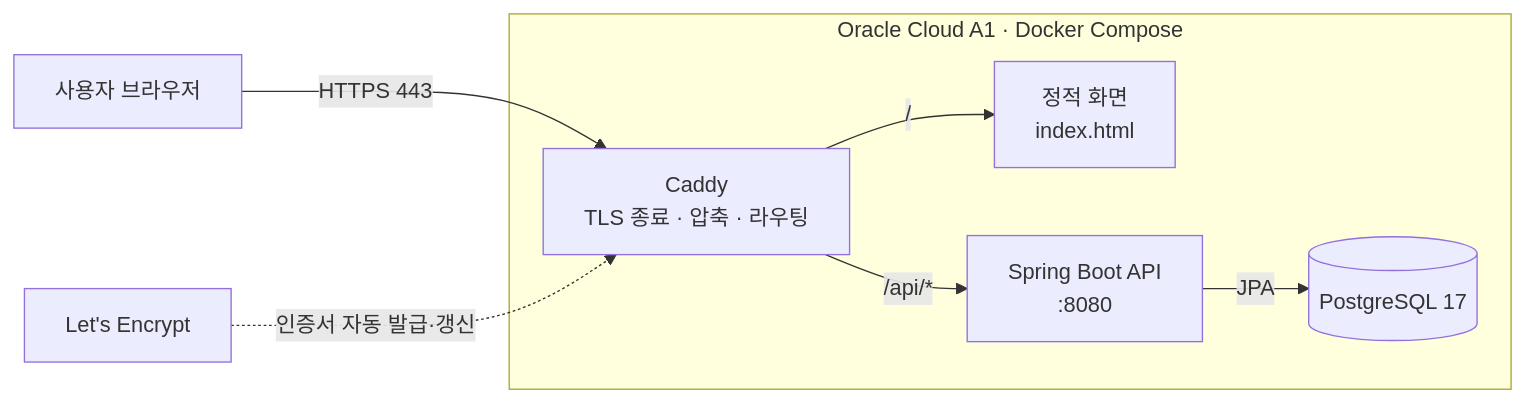
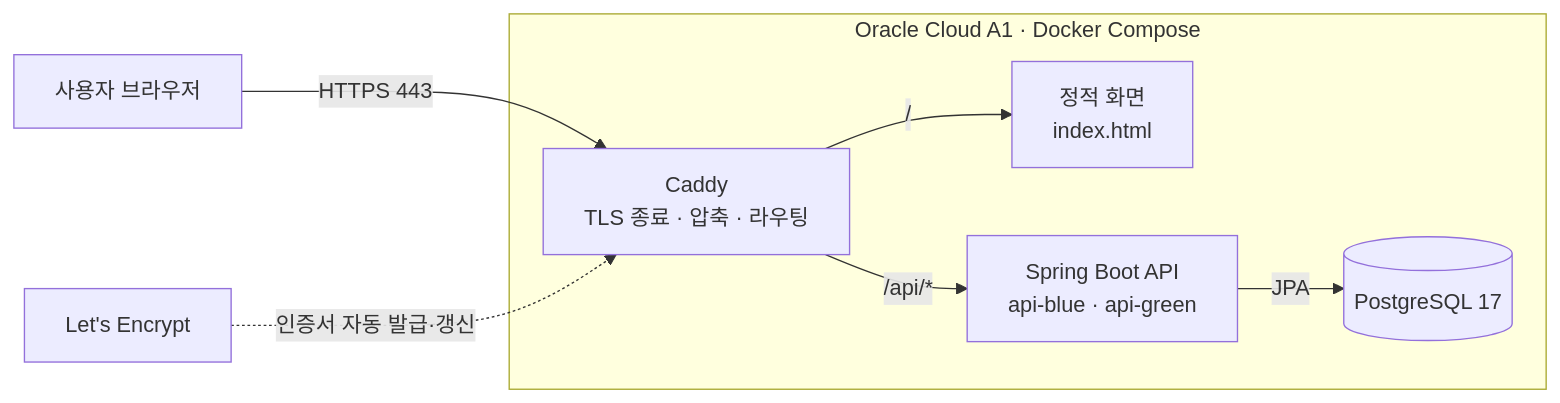
One commit to eastminnn/bingang changed the first of 2 diagrams in README.md. Above: the diagram before and after it, drawn with Mermaid. The commit also changed other lines of this file and 9 other files, not shown here.

````diff
--- a/README.md
+++ b/README.md
@@ -53,16 +53,16 @@
 ```mermaid
 flowchart LR
     U["사용자 브라우저"] -- "HTTPS 443" --> C
 
     subgraph OCI["Oracle Cloud A1 · Docker Compose"]
         C["Caddy<br/>TLS 종료 · 압축 · 라우팅"]
         W["정적 화면<br/>index.html"]
-        A["Spring Boot API<br/>:8080"]
+        A["Spring Boot API<br/>api-blue · api-green"]
         D[("PostgreSQL 17")]
         C -- "/" --> W
         C -- "/api/*" --> A
         A -- "JPA" --> D
     end
 
     LE["Let's Encrypt"] -. "인증서 자동 발급·갱신" .-> C
 ```
````
